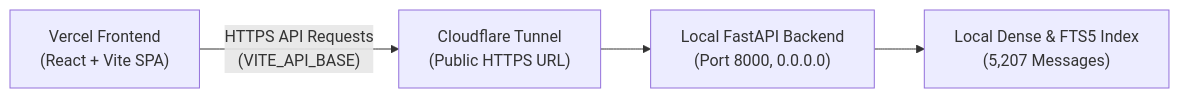
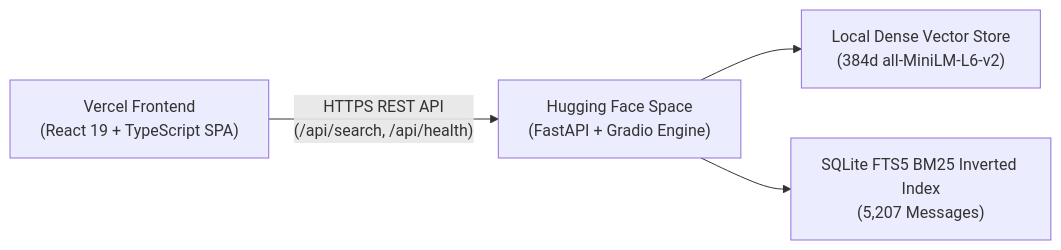
One commit to Aarjoo003/RecallX changed the second of 2 diagrams in README.md. Above: the diagram before and after it, drawn with Mermaid. The commit also changed other lines of this file and 4 other files, not shown here.

Commit message:
Deploy production backend to Hugging Face Spaces and link Vercel frontend

````diff
--- a/README.md
+++ b/README.md
@@ -266,6 +286,6 @@
 ```mermaid
 flowchart LR
-    A["Vercel Frontend\n(React + Vite SPA)"] -- "HTTPS API Requests\n(VITE_API_BASE)" --> B["Cloudflare Tunnel\n(Public HTTPS URL)"]
-    B --> C["Local FastAPI Backend\n(Port 8000, 0.0.0.0)"]
-    C --> D["Local Dense & FTS5 Index\n(5,207 Messages)"]
+    A["Vercel Frontend\n(React 19 + TypeScript SPA)"] -- "HTTPS REST API\n(/api/search, /api/health)" --> B["Hugging Face Space\n(FastAPI + Gradio Engine)"]
+    B --> C["Local Dense Vector Store\n(384d all-MiniLM-L6-v2)"]
+    B --> D["SQLite FTS5 BM25 Inverted Index\n(5,207 Messages)"]
 ```
````
